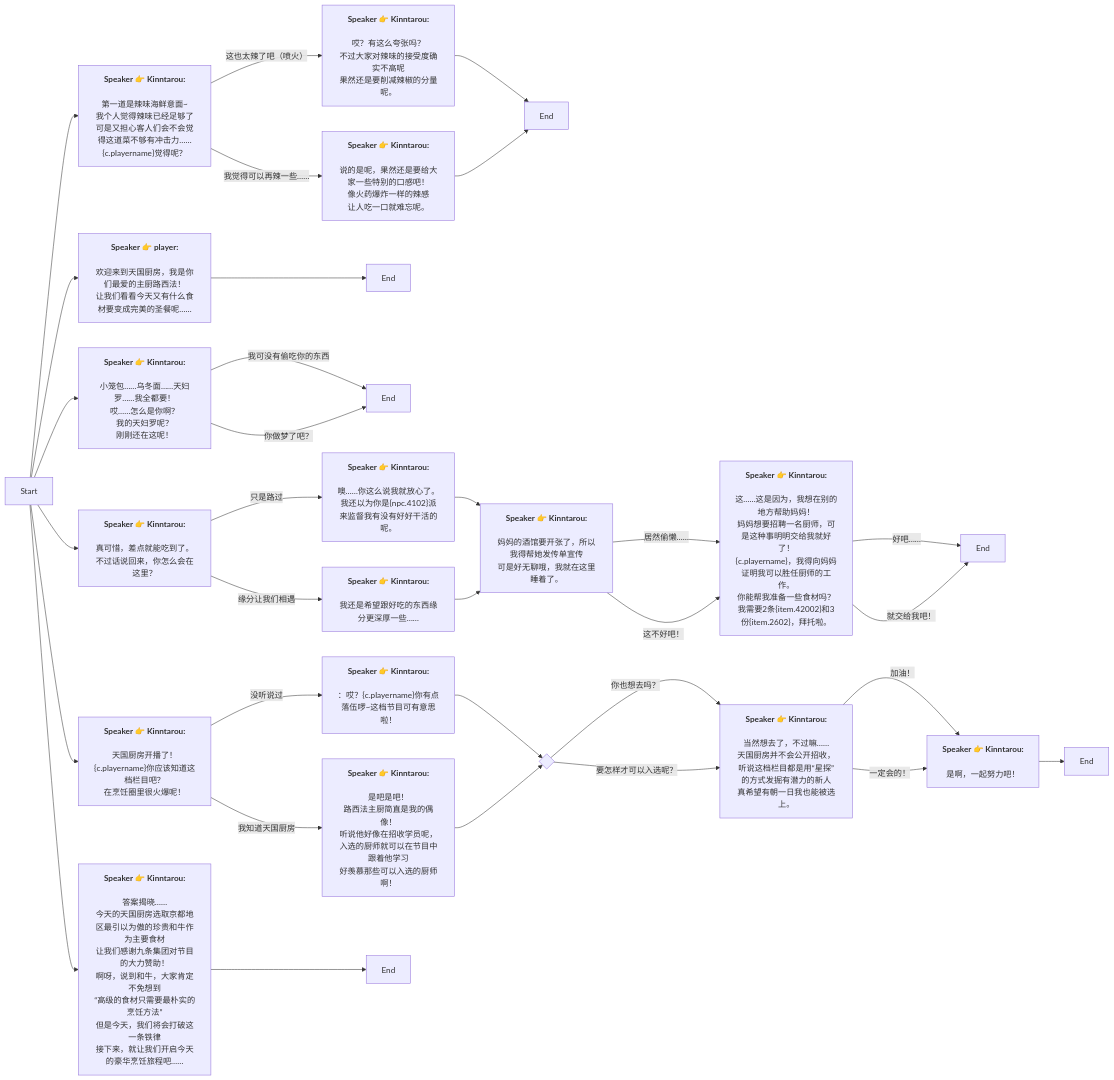
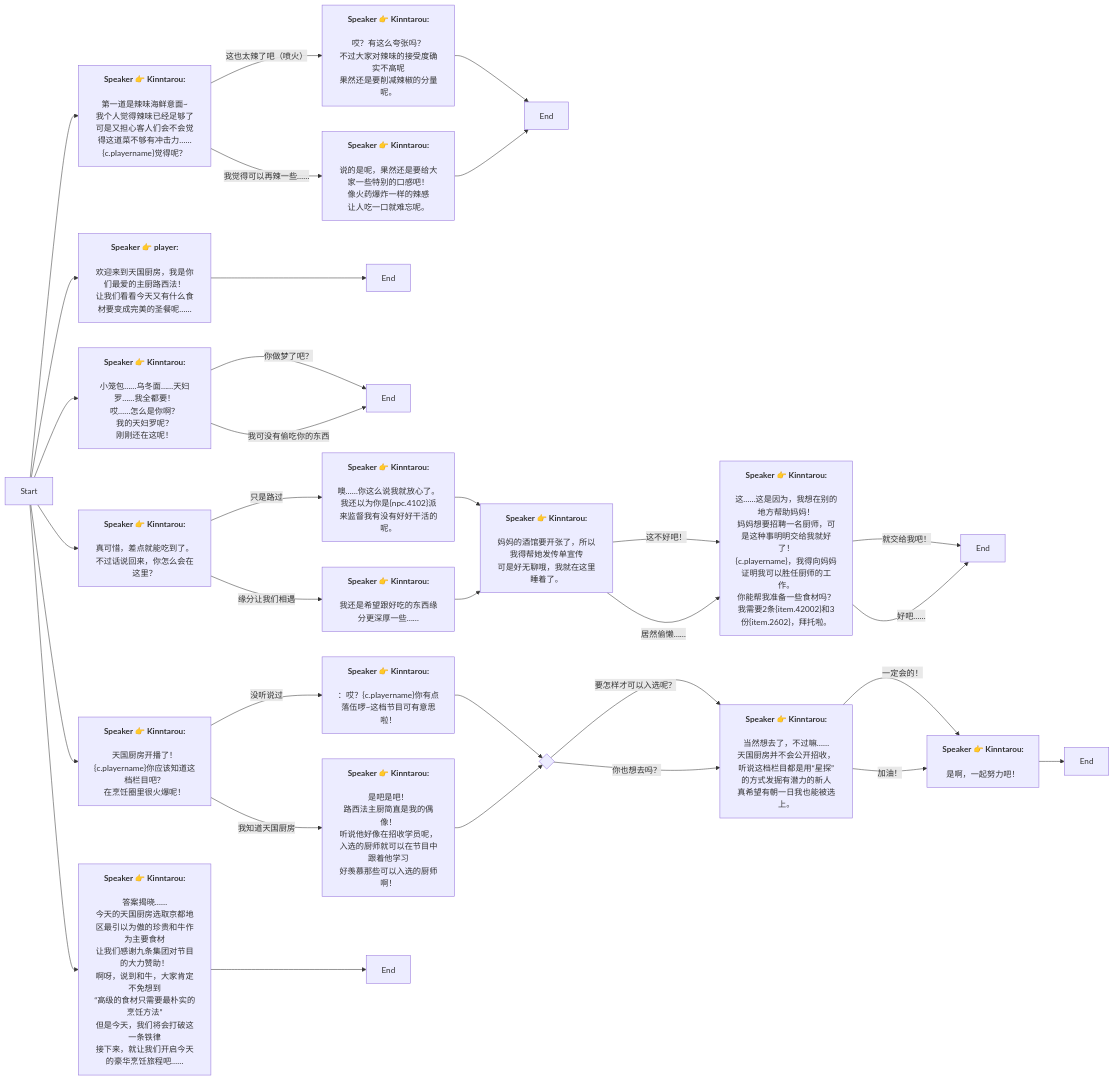
Before and after one commit to SoftHu/tos_avg: the diagram in Zh/heart_4_1_3.md, drawn with Mermaid. The commit also changed other lines of this file and 780 other files, not shown here.

```diff
--- a/Zh/heart_4_1_3.md
+++ b/Zh/heart_4_1_3.md
@@ -4,14 +4,14 @@
 \n第一道是辣味海鲜意面~
 我个人觉得辣味已经足够了
 可是又担心客人们会不会觉得这道菜不够有冲击力……\n&lbrace;c.playername&rbrace;觉得呢？]
+1757655458919025 -->|我觉得可以再辣一些……|1757656589291128[<b>Speaker 👉 Kinntarou:</b>
+\n说的是呢，果然还是要给大家一些特别的口感吧！
+像火药爆炸一样的辣感
+让人吃一口就难忘呢。]
 1757655458919025 -->|这也太辣了吧（喷火）|1757656448902775[<b>Speaker 👉 Kinntarou:</b>
 \n哎？有这么夸张吗？
 不过大家对辣味的接受度确实不高呢
 果然还是要削减辣椒的分量呢。]
-1757655458919025 -->|我觉得可以再辣一些……|1757656589291128[<b>Speaker 👉 Kinntarou:</b>
-\n说的是呢，果然还是要给大家一些特别的口感吧！
-像火药爆炸一样的辣感
-让人吃一口就难忘呢。]
 1757656448902775 -->1758962451920574[End]
 1757656589291128 -->1758962451920574[End]
 Start -->1757657246957178[<b>Speaker 👉 player:</b>
@@ -22,39 +22,39 @@
 \n小笼包……乌冬面……天妇罗……我全都要！\n哎……怎么是你啊？
 我的天妇罗呢？
 刚刚还在这呢！]
+1758891824335472 -->|你做梦了吧？|1758892125002396[End]
 1758891824335472 -->|我可没有偷吃你的东西|1758892125002396[End]
-1758891824335472 -->|你做梦了吧？|1758892125002396[End]
-439414457979296 -->|你也想去吗？|1757658446446216[<b>Speaker 👉 Kinntarou:</b>
+439414457979296 -->|要怎样才可以入选呢？|1757658446446216[<b>Speaker 👉 Kinntarou:</b>
 \n当然想去了，不过嘛……
 天国厨房并不会公开招收，
 听说这档栏目都是用“星探”的方式发掘有潜力的新人\n真希望有朝一日我也能被选上。]
-439414457979296 -->|要怎样才可以入选呢？|1757658446446216[<b>Speaker 👉 Kinntarou:</b>
+439414457979296 -->|你也想去吗？|1757658446446216[<b>Speaker 👉 Kinntarou:</b>
 \n当然想去了，不过嘛……
 天国厨房并不会公开招收，
 听说这档栏目都是用“星探”的方式发掘有潜力的新人\n真希望有朝一日我也能被选上。]
 Start -->1758891824336501[<b>Speaker 👉 Kinntarou:</b>
 \n真可惜，差点就能吃到了。
 不过话说回来，你怎么会在这里？]
+1758891824336501 -->|缘分让我们相遇|1758891824338563[<b>Speaker 👉 Kinntarou:</b>
+\n我还是希望跟好吃的东西缘分更深厚一些……]
 1758891824336501 -->|只是路过|1758891824336505[<b>Speaker 👉 Kinntarou:</b>
 \n噢……你这么说我就放心了。
 我还以为你是&lbrace;npc.4102&rbrace;派来监督我有没有好好干活的呢。]
-1758891824336501 -->|缘分让我们相遇|1758891824338563[<b>Speaker 👉 Kinntarou:</b>
-\n我还是希望跟好吃的东西缘分更深厚一些……]
 1758891824336505 -->1758891824337530[<b>Speaker 👉 Kinntarou:</b>
 \n妈妈的酒馆要开张了，所以我得帮她发传单宣传
 可是好无聊哦，我就在这里睡着了。]
+1758891824337530 -->|这不好吧！|1758891824337534[<b>Speaker 👉 Kinntarou:</b>
+\n这……这是因为，我想在别的地方帮助妈妈！
+妈妈想要招聘一名厨师，可是这种事明明交给我就好了！\n&lbrace;c.playername&rbrace;，我得向妈妈证明我可以胜任厨师的工作。
+你能帮我准备一些食材吗？
+我需要2条&lbrace;item.42002&rbrace;和3份&lbrace;item.2602&rbrace;，拜托啦。]
 1758891824337530 -->|居然偷懒……|1758891824337534[<b>Speaker 👉 Kinntarou:</b>
 \n这……这是因为，我想在别的地方帮助妈妈！
 妈妈想要招聘一名厨师，可是这种事明明交给我就好了！\n&lbrace;c.playername&rbrace;，我得向妈妈证明我可以胜任厨师的工作。
 你能帮我准备一些食材吗？
 我需要2条&lbrace;item.42002&rbrace;和3份&lbrace;item.2602&rbrace;，拜托啦。]
-1758891824337530 -->|这不好吧！|1758891824337534[<b>Speaker 👉 Kinntarou:</b>
-\n这……这是因为，我想在别的地方帮助妈妈！
-妈妈想要招聘一名厨师，可是这种事明明交给我就好了！\n&lbrace;c.playername&rbrace;，我得向妈妈证明我可以胜任厨师的工作。
-你能帮我准备一些食材吗？
-我需要2条&lbrace;item.42002&rbrace;和3份&lbrace;item.2602&rbrace;，拜托啦。]
+1758891824337534 -->|就交给我吧！|1758891824338562[End]
 1758891824337534 -->|好吧……|1758891824338562[End]
-1758891824337534 -->|就交给我吧！|1758891824338562[End]
 1758891824338563 -->1758891824337530[<b>Speaker 👉 Kinntarou:</b>
 \n妈妈的酒馆要开张了，所以我得帮她发传单宣传
 可是好无聊哦，我就在这里睡着了。]
@@ -62,16 +62,16 @@
 \n天国厨房开播了！
 &lbrace;c.playername&rbrace;你应该知道这档栏目吧？
 在烹饪圈里很火爆呢！]
-1757657625870971 -->|没听说过|1757657831917185[<b>Speaker 👉 Kinntarou:</b>
-\n：哎？&lbrace;c.playername&rbrace;你有点落伍啰~这档节目可有意思啦！]
 1757657625870971 -->|我知道天国厨房|1757657837139586[<b>Speaker 👉 Kinntarou:</b>
 \n是吧是吧！\n路西法主厨简直是我的偶像！
 听说他好像在招收学员呢，
 入选的厨师就可以在节目中跟着他学习\n好羡慕那些可以入选的厨师啊！]
+1757657625870971 -->|没听说过|1757657831917185[<b>Speaker 👉 Kinntarou:</b>
+\n：哎？&lbrace;c.playername&rbrace;你有点落伍啰~这档节目可有意思啦！]
 1757657831917185 -->439414457979296{ }
+1757658446446216 -->|一定会的！|1757658708194958[<b>Speaker 👉 Kinntarou:</b>
+\n是啊，一起努力吧！]
 1757658446446216 -->|加油！|1757658708194958[<b>Speaker 👉 Kinntarou:</b>
-\n是啊，一起努力吧！]
-1757658446446216 -->|一定会的！|1757658708194958[<b>Speaker 👉 Kinntarou:</b>
 \n是啊，一起努力吧！]
 1757658708194958 -->1758962481221313[End]
 1757657837139586 -->439414457979296{ }
```
